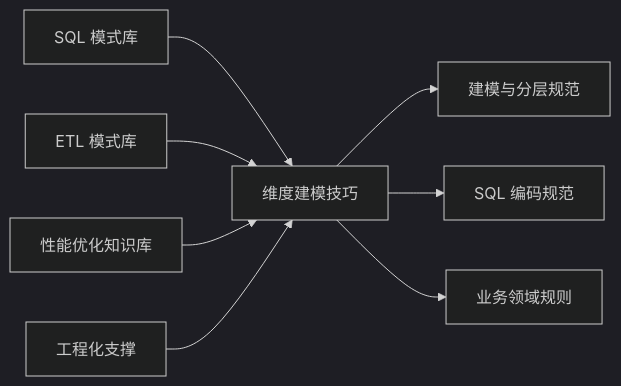
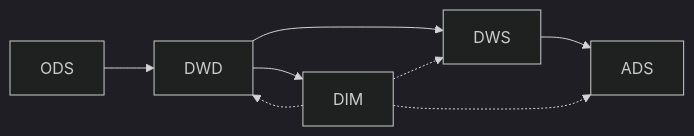
Before and after one commit to 13679659643/Data_Warehouse_Engineering: the sixth of 6 diagrams in .qoder/repowiki/zh/content/知识库系统/维度建模技巧.md, drawn with Mermaid (dark theme). The commit also changed other lines of this file and 88 other files, not shown here.

````diff
--- a/.qoder/repowiki/zh/content/知识库系统/维度建模技巧.md
+++ b/.qoder/repowiki/zh/content/知识库系统/维度建模技巧.md
@@ -302,10 +263,10 @@
 ```mermaid
 graph LR
-DM["维度建模技巧"] --> MS["建模与分层规范"]
-DM --> SS["SQL 编码规范"]
-DM --> DR["业务领域规则"]
-SP["SQL 模式库"] --> DM
-EP["ETL 模式库"] --> DM
-PT["性能优化知识库"] --> DM
-DOC["工程化支撑"] --> DM
+ODS["ODS"] --> DWD["DWD"]
+DWD --> DIM["DIM"]
+DWD --> DWS["DWS"]
+DWS --> ADS["ADS"]
+DIM -.-> DWD
+DIM -.-> DWS
+DIM -.-> ADS
 ```
````
